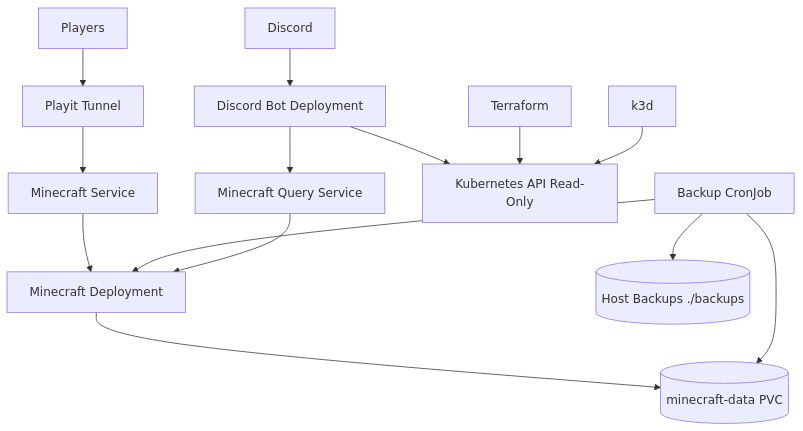
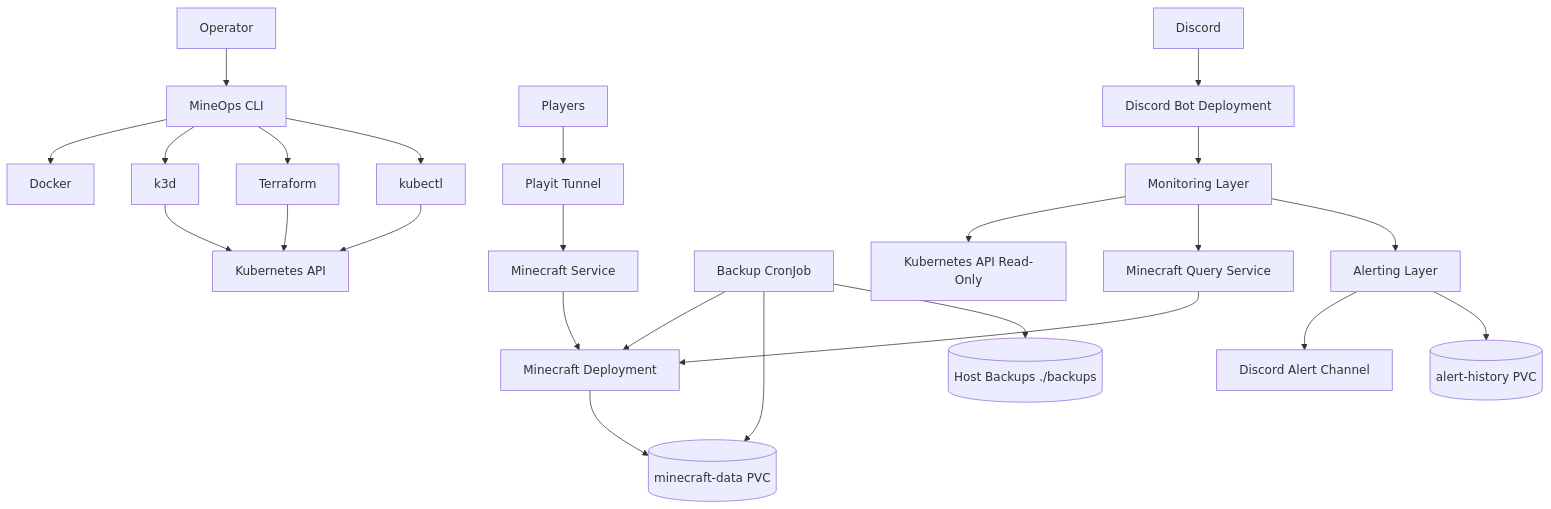
Before and after one commit to Mahmimi/MineOps: the diagram in docs/architecture.md, drawn with Mermaid. The commit also changed other lines of this file and 38 other files, not shown here.

````diff
--- a/docs/architecture.md
+++ b/docs/architecture.md
@@ -7,19 +7,31 @@
 ```mermaid
 flowchart TD
+  Operator[Operator] --> CLI[MineOps CLI]
+  CLI --> Docker[Docker]
+  CLI --> K3d[k3d]
+  CLI --> Terraform[Terraform]
+  CLI --> Kubectl[kubectl]
+
+  K3d --> KubeAPI[Kubernetes API]
+  Terraform --> KubeAPI
+  Kubectl --> KubeAPI
+
   Player[Players] --> Playit[Playit Tunnel]
   Playit --> MinecraftService[Minecraft Service]
   MinecraftService --> Minecraft[Minecraft Deployment]
   Minecraft --> WorldPVC[(minecraft-data PVC)]
 
   BackupCron[Backup CronJob] --> Minecraft
   BackupCron --> WorldPVC
   BackupCron --> BackupHost[(Host Backups ./backups)]
 
   Discord[Discord] --> Bot[Discord Bot Deployment]
-  Bot --> KubeAPI[Kubernetes API Read-Only]
-  Bot --> Query[Minecraft Query Service]
+  Bot --> Monitoring[Monitoring Layer]
+  Monitoring --> KubeRead[Kubernetes API Read-Only]
+  Monitoring --> Query[Minecraft Query Service]
   Query --> Minecraft
 
-  Terraform[Terraform] --> KubeAPI
-  K3d[k3d] --> KubeAPI
+  Monitoring --> Alerting[Alerting Layer]
+  Alerting --> DiscordAlerts[Discord Alert Channel]
+  Alerting --> AlertPVC[(alert-history PVC)]
 ```
````
